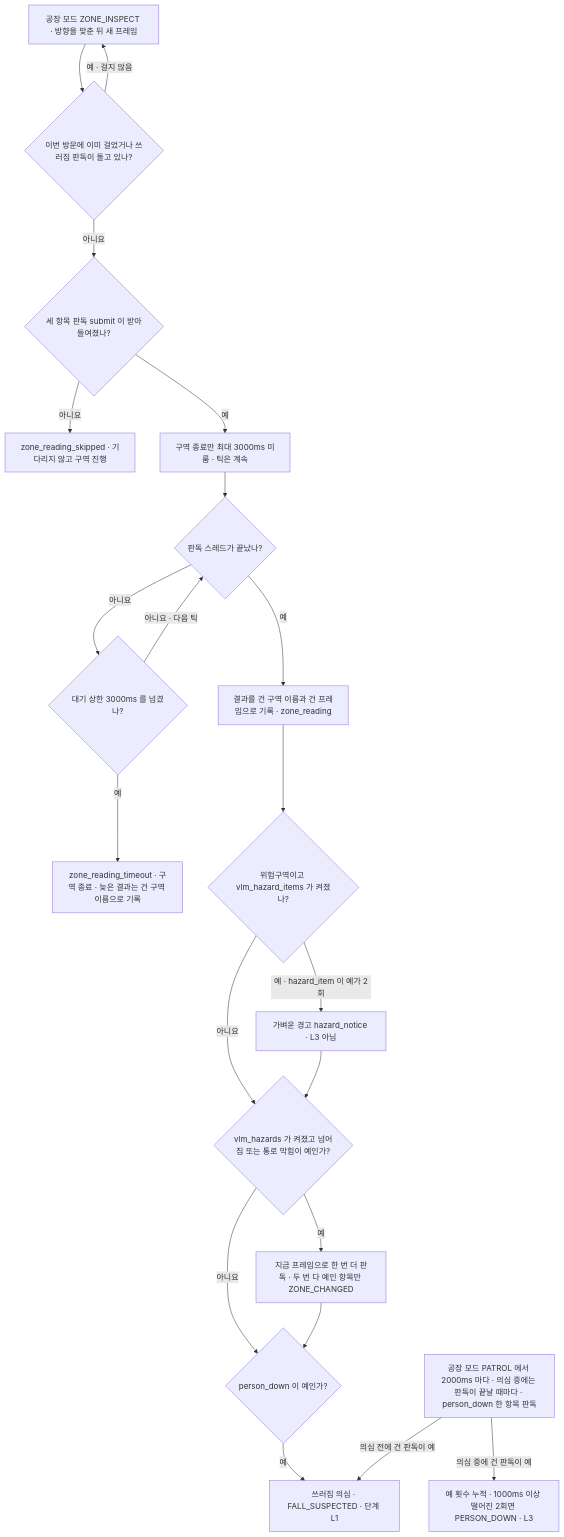
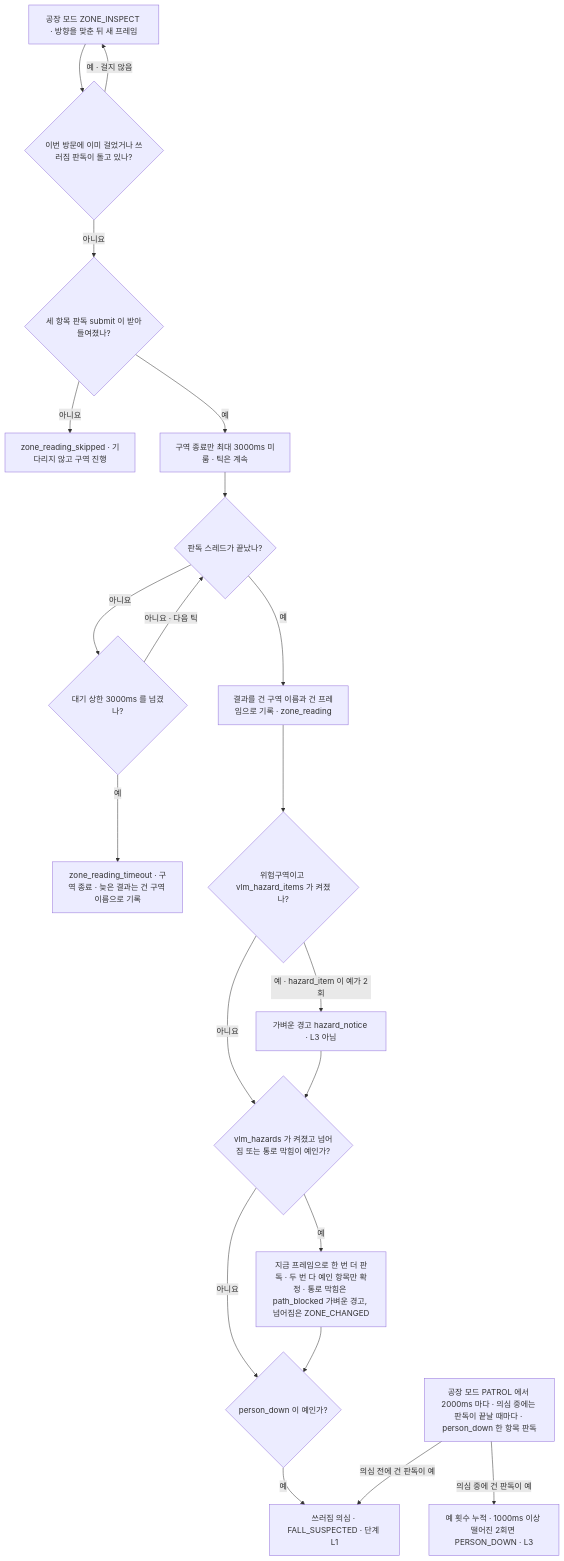
One commit to PJW-1/mechadog changed the second of 2 diagrams in docs/features/vlm-reading.md. Above: the diagram before and after it, drawn with Mermaid. The commit also changed other lines of this file and 14 other files, not shown here.

First line of the commit message:
feat(zone): 구역 안 통로 막힘을 가벼운 경고로 내고, 판독 대기 중 방문 이탈 유실을 고친다 (#375)

````diff
--- a/docs/features/vlm-reading.md
+++ b/docs/features/vlm-reading.md
@@ -32,24 +32,24 @@
 ```mermaid
 flowchart TD
   Z0["공장 모드 ZONE_INSPECT · 방향을 맞춘 뒤 새 프레임"] --> ASKED{"이번 방문에 이미 걸었거나 쓰러짐 판독이 돌고 있나?"}
   ASKED -->|예 · 걸지 않음| Z0
   ASKED -->|아니요| SUB{"세 항목 판독 submit 이 받아들여졌나?"}
   SUB -->|아니요| SKIPZ["zone_reading_skipped · 기다리지 않고 구역 진행"]
   SUB -->|예| WAITZ["구역 종료만 최대 3000ms 미룸 · 틱은 계속"]
   WAITZ --> TAKE{"판독 스레드가 끝났나?"}
   TAKE -->|아니요| TOUT{"대기 상한 3000ms 를 넘겼나?"}
   TOUT -->|예| TO["zone_reading_timeout · 구역 종료 · 늦은 결과는 건 구역 이름으로 기록"]
   TOUT -->|아니요 · 다음 틱| TAKE
   TAKE -->|예| TK["결과를 건 구역 이름과 건 프레임으로 기록 · zone_reading"]
   TK --> HI{"위험구역이고 vlm_hazard_items 가 켜졌나?"}
   HI -->|예 · hazard_item 이 예가 2회| HN["가벼운 경고 hazard_notice · L3 아님"]
   HI -->|아니요| HZ{"vlm_hazards 가 켜졌고 넘어짐 또는 통로 막힘이 예인가?"}
   HN --> HZ
-  HZ -->|예| AGAIN["지금 프레임으로 한 번 더 판독 · 두 번 다 예인 항목만 ZONE_CHANGED"]
+  HZ -->|예| AGAIN["지금 프레임으로 한 번 더 판독 · 두 번 다 예인 항목만 확정 · 통로 막힘은 path_blocked 가벼운 경고, 넘어짐은 ZONE_CHANGED"]
   HZ -->|아니요| PD{"person_down 이 예인가?"}
   AGAIN --> PD
   PD -->|예| SUS["쓰러짐 의심 · FALL_SUSPECTED · 단계 L1"]
   F0["공장 모드 PATROL 에서 2000ms 마다 · 의심 중에는 판독이 끝날 때마다 · person_down 한 항목 판독"]
   F0 -->|의심 전에 건 판독이 예| SUS
   F0 -->|의심 중에 건 판독이 예| CNT["예 횟수 누적 · 1000ms 이상 떨어진 2회면 PERSON_DOWN · L3"]
 ```
````
